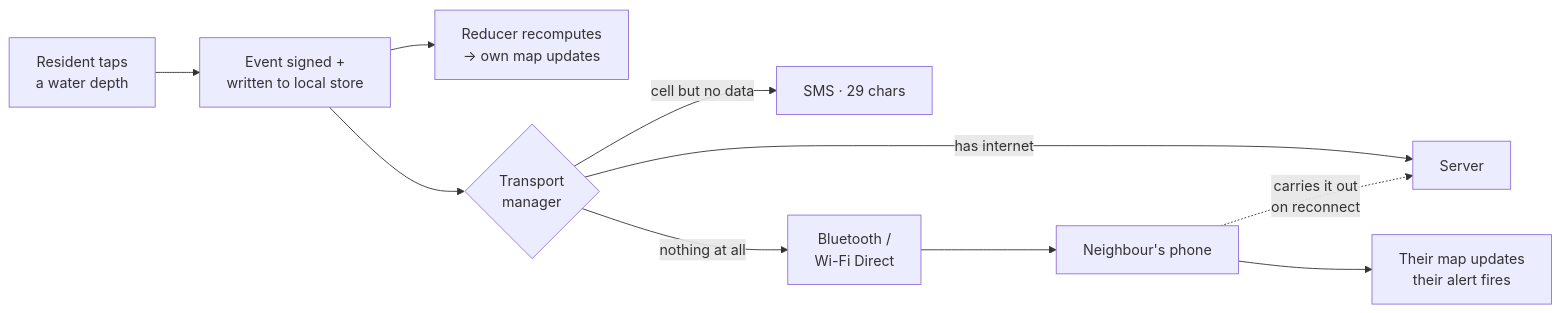
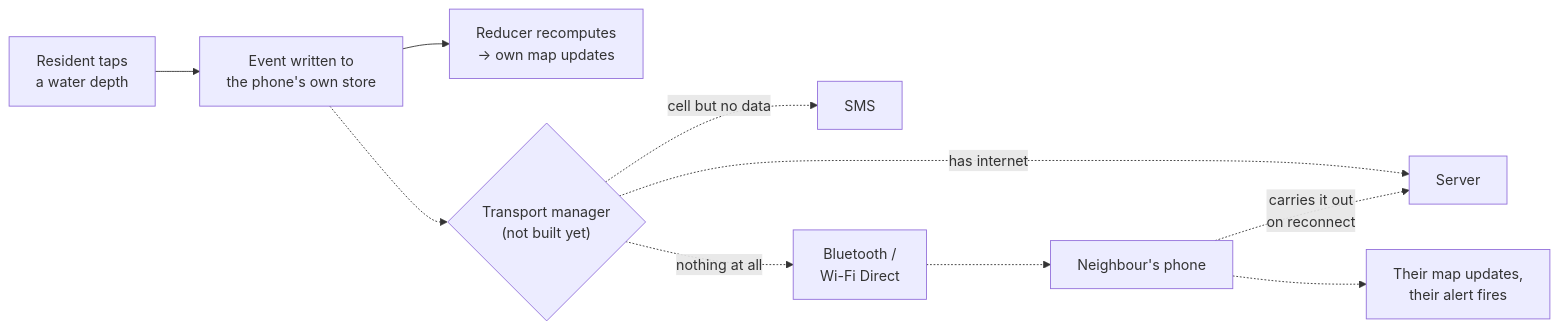
One commit to afjk-x3/ka-alerto changed the diagram in README.md. Above: the diagram before and after it, drawn with Mermaid. The commit also changed other lines of this file and 3 other files, not shown here.

````diff
--- a/README.md
+++ b/README.md
@@ -33,12 +41,12 @@
 ```mermaid
 flowchart LR
-    A["Resident taps<br/>a water depth"] --> B["Event signed +<br/>written to local store"]
+    A["Resident taps<br/>a water depth"] --> B["Event written to<br/>the phone's own store"]
     B --> C["Reducer recomputes<br/>→ own map updates"]
-    B --> D{"Transport<br/>manager"}
-    D -->|has internet| E["Server"]
-    D -->|cell but no data| F["SMS · 29 chars"]
-    D -->|nothing at all| G["Bluetooth /<br/>Wi-Fi Direct"]
-    G --> H["Neighbour's phone"]
-    H --> I["Their map updates<br/>their alert fires"]
+    B -.-> D{"Transport manager<br/>(not built yet)"}
+    D -.->|has internet| E["Server"]
+    D -.->|cell but no data| F["SMS"]
+    D -.->|nothing at all| G["Bluetooth /<br/>Wi-Fi Direct"]
+    G -.-> H["Neighbour's phone"]
+    H -.-> I["Their map updates,<br/>their alert fires"]
     H -.->|carries it out<br/>on reconnect| E
 ```
````
